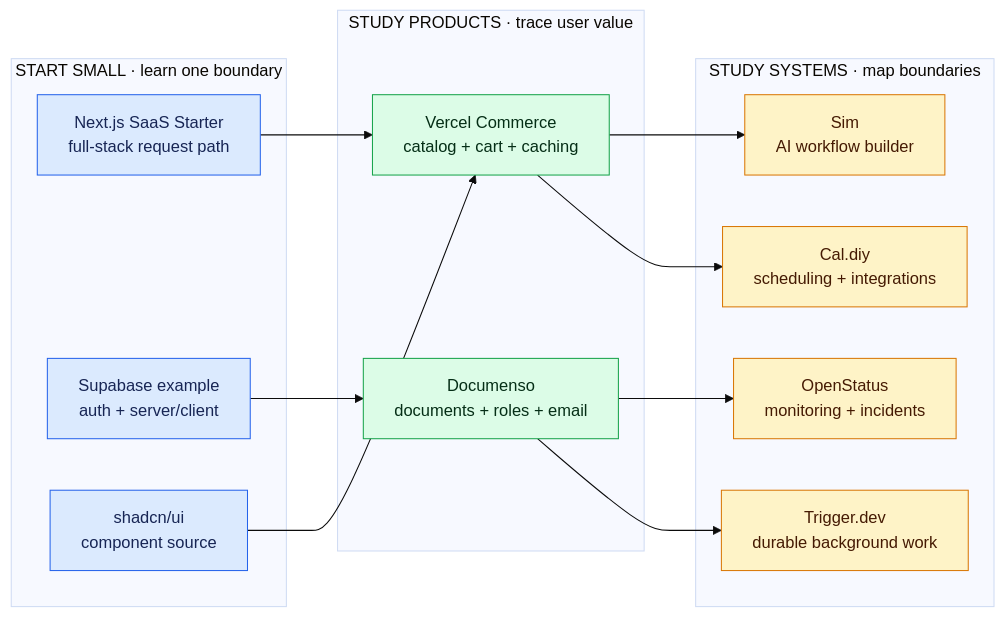
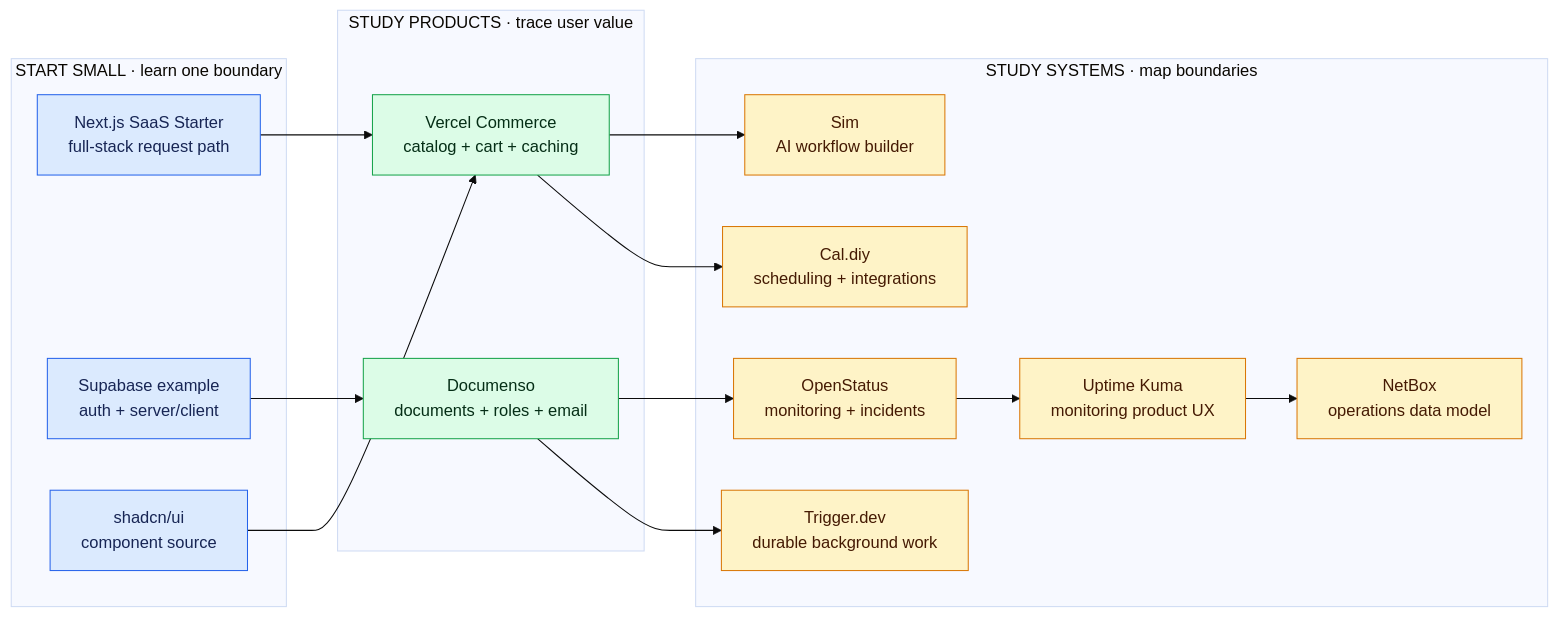
The first of 2 diagrams in case-studies/open-source-projects.md (saliftankoano/pierre-build-program), drawn with Mermaid (base theme) before and after one commit. The commit also changed other lines of this file and 253 other files, not shown here.

````diff
--- a/case-studies/open-source-projects.md
+++ b/case-studies/open-source-projects.md
@@ -9,33 +27,36 @@
 ```mermaid
 flowchart LR
     subgraph START["START SMALL · learn one boundary"]
       SAAS["Next.js SaaS Starter<br/>full-stack request path"]
       SB["Supabase example<br/>auth + server/client"]
       UI["shadcn/ui<br/>component source"]
     end
 
     subgraph PRODUCT["STUDY PRODUCTS · trace user value"]
       COM["Vercel Commerce<br/>catalog + cart + caching"]
       DOC["Documenso<br/>documents + roles + email"]
     end
 
     subgraph SYSTEM["STUDY SYSTEMS · map boundaries"]
       SIM["Sim<br/>AI workflow builder"]
       OPEN["OpenStatus<br/>monitoring + incidents"]
+      KUMA["Uptime Kuma<br/>monitoring product UX"]
+      NETBOX["NetBox<br/>operations data model"]
       TRIG["Trigger.dev<br/>durable background work"]
       CAL["Cal.diy<br/>scheduling + integrations"]
     end
 
     SAAS --> COM --> SIM
     SB --> DOC --> OPEN
+    OPEN --> KUMA --> NETBOX
     UI --> COM
     DOC --> TRIG
     COM --> CAL
 
     classDef start fill:#dbeafe,stroke:#2563eb,color:#172554;
     classDef product fill:#dcfce7,stroke:#16a34a,color:#052e16;
     classDef system fill:#fef3c7,stroke:#d97706,color:#451a03;
     class SAAS,SB,UI start;
     class COM,DOC product;
-    class SIM,OPEN,TRIG,CAL system;
+    class SIM,OPEN,KUMA,NETBOX,TRIG,CAL system;
 ```
````
